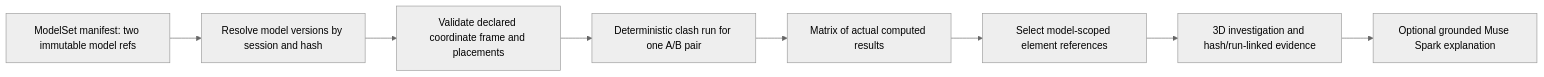
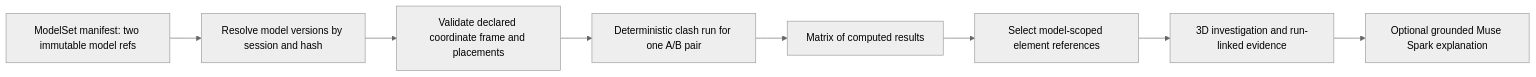
Before and after one commit to natnew/BIM-Intelligence: the tenth of 10 diagrams in docs/ARCHITECTURE.md, drawn with Mermaid (neutral theme). The commit also changed other lines of this file and 12 other files, not shown here.

````diff
--- a/docs/ARCHITECTURE.md
+++ b/docs/ARCHITECTURE.md
@@ -849,10 +885,10 @@
 ```mermaid
 flowchart LR
     A["ModelSet manifest: two immutable model refs"] --> B["Resolve model versions by session and hash"]
     B --> C["Validate declared coordinate frame and placements"]
     C --> D["Deterministic clash run for one A/B pair"]
-    D --> E["Matrix of actual computed results"]
+    D --> E["Matrix of computed results"]
     E --> F["Select model-scoped element references"]
-    F --> G["3D investigation and hash/run-linked evidence"]
+    F --> G["3D investigation and run-linked evidence"]
     G --> H["Optional grounded Muse Spark explanation"]
 ```
````
